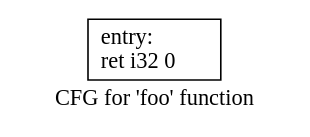
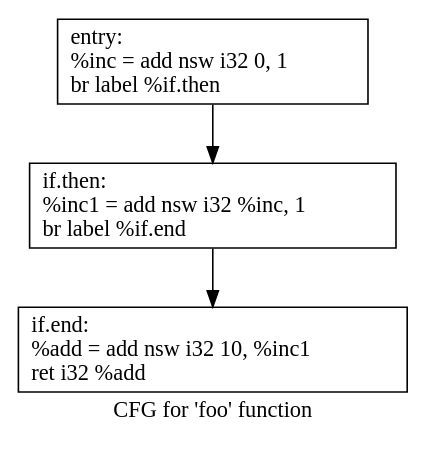
The diagram in .foo.dot (canesche/dce), drawn with Graphviz before and after one commit. The commit also changed 47 other files, not shown here.

```diff
--- a/.foo.dot
+++ b/.foo.dot
@@ -1,5 +1,9 @@
 digraph "CFG for 'foo' function" {
 	label="CFG for 'foo' function";
 
-	Node0x55d2e1b47400 [shape=record,label="{entry:\l  ret i32 0\l}"];
+	Node0x564f17110560 [shape=record,label="{entry:\l  %inc = add nsw i32 0, 1\l  br label %if.then\l}"];
+	Node0x564f17110560 -> Node0x564f17110cf0;
+	Node0x564f17110cf0 [shape=record,label="{if.then:                                          \l  %inc1 = add nsw i32 %inc, 1\l  br label %if.end\l}"];
+	Node0x564f17110cf0 -> Node0x564f17110e50;
+	Node0x564f17110e50 [shape=record,label="{if.end:                                           \l  %add = add nsw i32 10, %inc1\l  ret i32 %add\l}"];
 }
```
